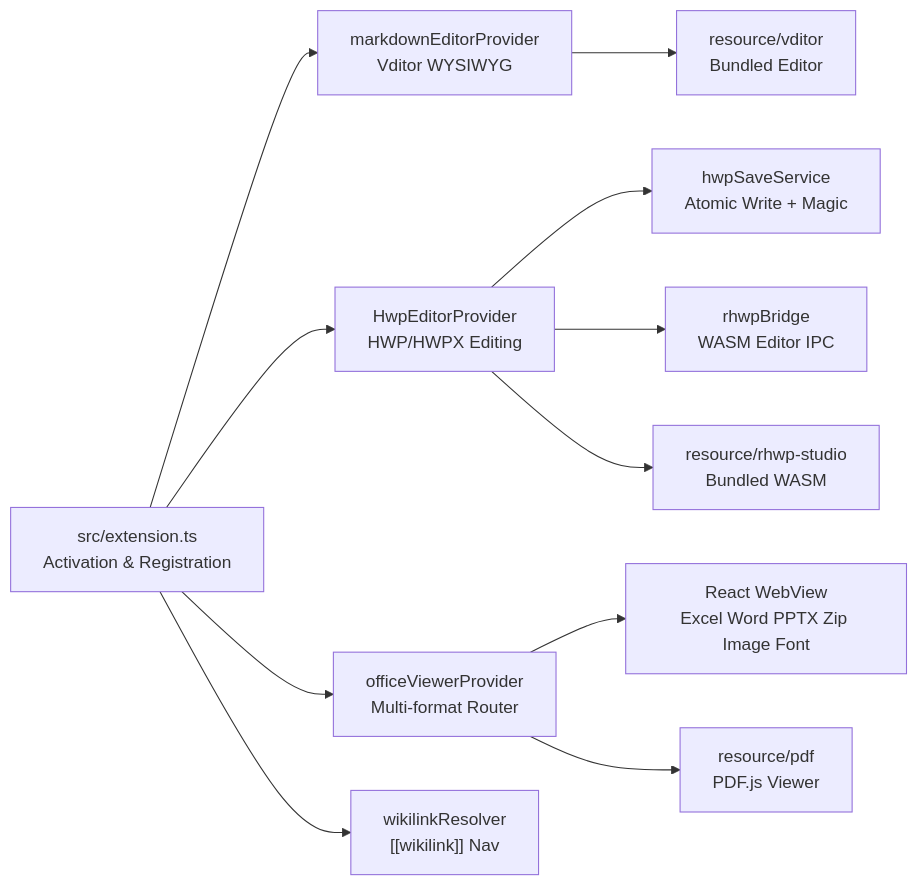
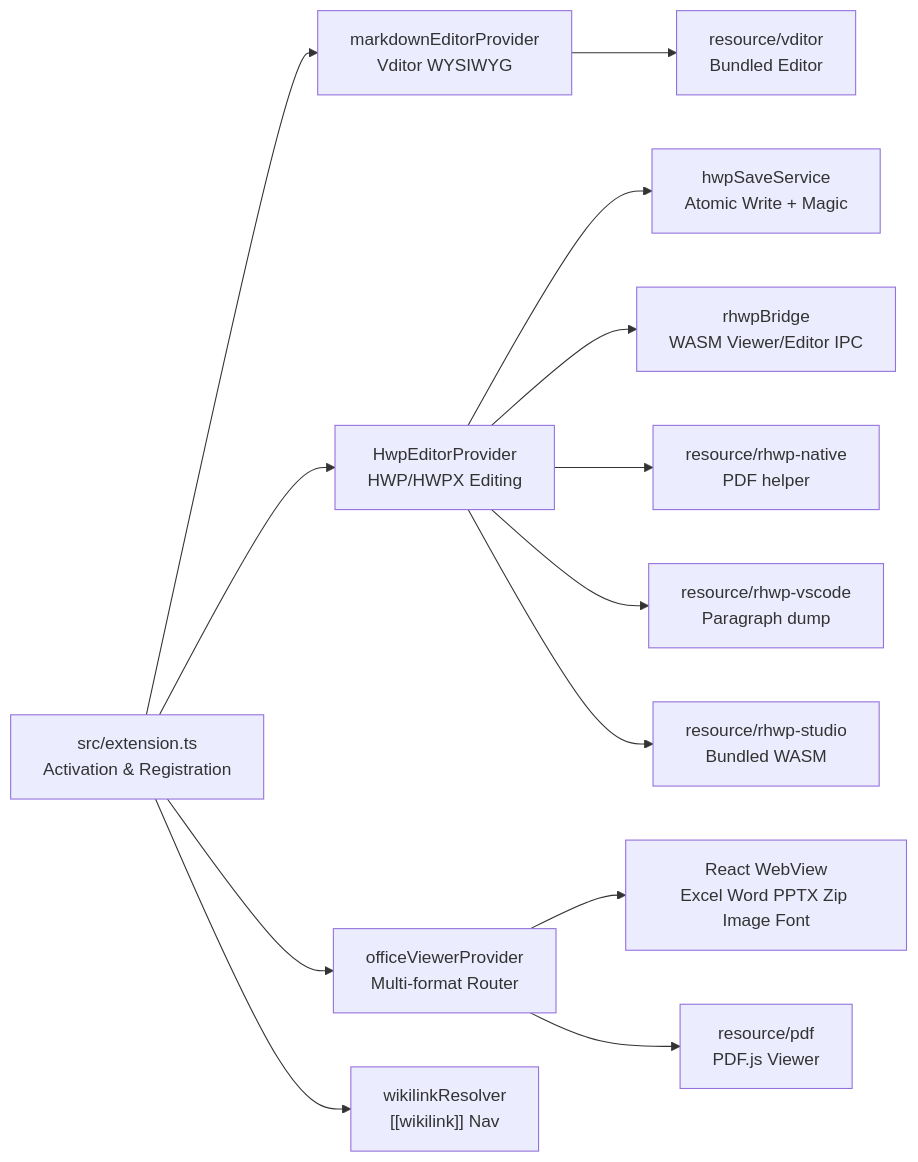
The diagram in structure/00-structure-hub.md (lidge-jun/code-office), drawn with Mermaid before and after one commit. The commit also changed other lines of this file and 16 other files, not shown here.

````diff
--- a/structure/00-structure-hub.md
+++ b/structure/00-structure-hub.md
@@ -22,13 +20,15 @@
 ```mermaid
 graph LR
     EXT["src/extension.ts<br/>Activation & Registration"] --> MD["markdownEditorProvider<br/>Vditor WYSIWYG"]
     EXT --> HWP["HwpEditorProvider<br/>HWP/HWPX Editing"]
     EXT --> OV["officeViewerProvider<br/>Multi-format Router"]
     EXT --> WL["wikilinkResolver<br/>[[wikilink]] Nav"]
     HWP --> SAVE["hwpSaveService<br/>Atomic Write + Magic"]
-    HWP --> BRIDGE["rhwpBridge<br/>WASM Editor IPC"]
+    HWP --> BRIDGE["rhwpBridge<br/>WASM Viewer/Editor IPC"]
+    HWP --> NATIVEPDF["resource/rhwp-native<br/>PDF helper"]
+    HWP --> RHWPV["resource/rhwp-vscode<br/>Paragraph dump"]
     OV --> REACT["React WebView<br/>Excel Word PPTX Zip Image Font"]
     MD --> VDITOR["resource/vditor<br/>Bundled Editor"]
     HWP --> RHWP["resource/rhwp-studio<br/>Bundled WASM"]
     OV --> PDF["resource/pdf<br/>PDF.js Viewer"]
 ```
````
